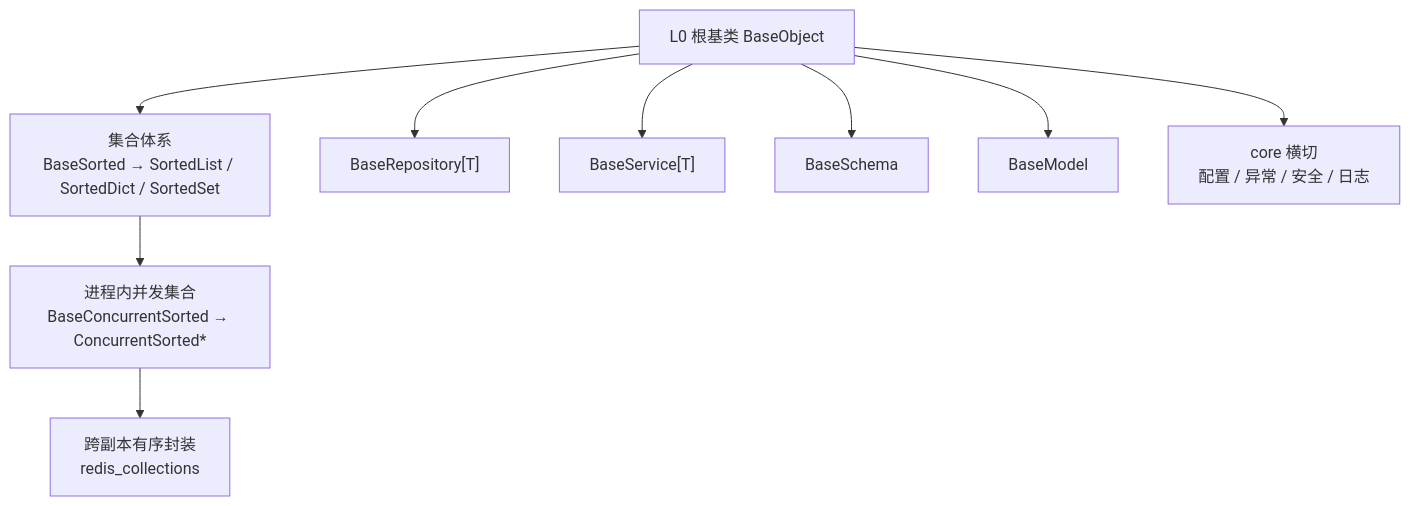
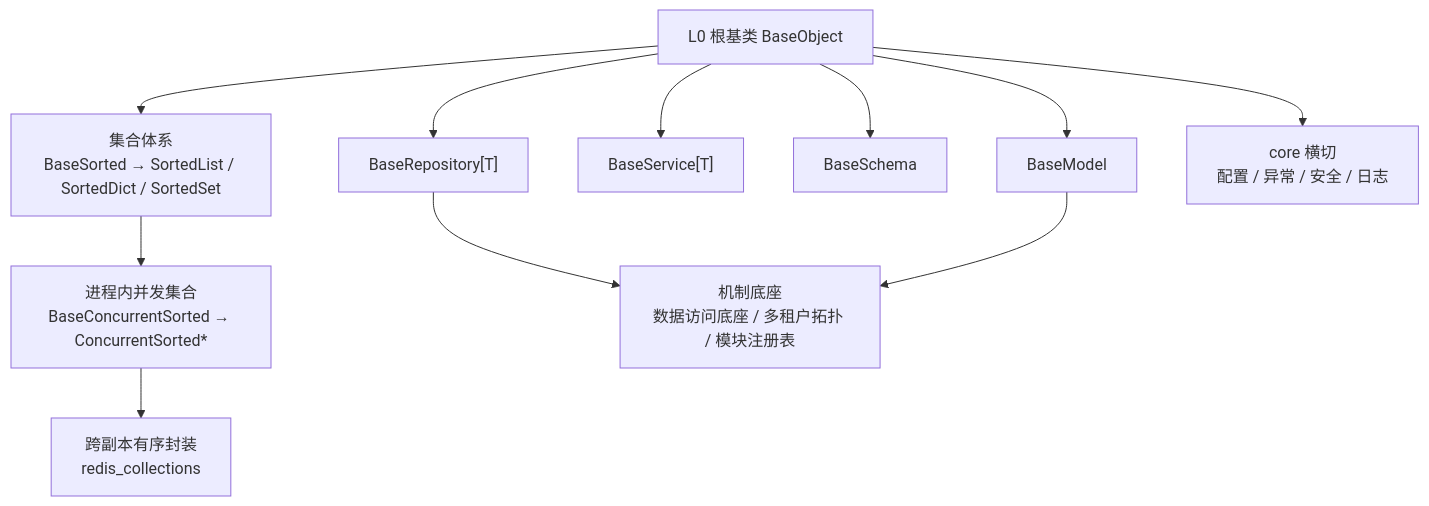
One commit to minjian123/basic-management-system changed the diagram in bms文档/项目/01_项目骨架/需求/02_需求_后端基座.md. Above: the diagram before and after it, drawn with Mermaid. The commit also changed other lines of this file and 5 other files, not shown here.

````diff
--- a/bms文档/项目/01_项目骨架/需求/02_需求_后端基座.md
+++ b/bms文档/项目/01_项目骨架/需求/02_需求_后端基座.md
@@ -11,20 +11,23 @@
 ```mermaid
 flowchart TD
     L0["L0 根基类 BaseObject"]
     COL["集合体系<br/>BaseSorted → SortedList / SortedDict / SortedSet"]
     CONC["进程内并发集合<br/>BaseConcurrentSorted → ConcurrentSorted*"]
     REDIS["跨副本有序封装<br/>redis_collections"]
     REPO["BaseRepository[T]"]
     SVC["BaseService[T]"]
     SCH["BaseSchema"]
     ORM["BaseModel"]
     CORE["core 横切<br/>配置 / 异常 / 安全 / 日志"]
+    MECH["机制底座<br/>数据访问底座 / 多租户拓扑 / 模块注册表"]
     L0 --> COL
     COL --> CONC
     CONC --> REDIS
     L0 --> REPO
     L0 --> SVC
     L0 --> SCH
     L0 --> ORM
     L0 --> CORE
+    REPO --> MECH
+    ORM --> MECH
 ```
````
